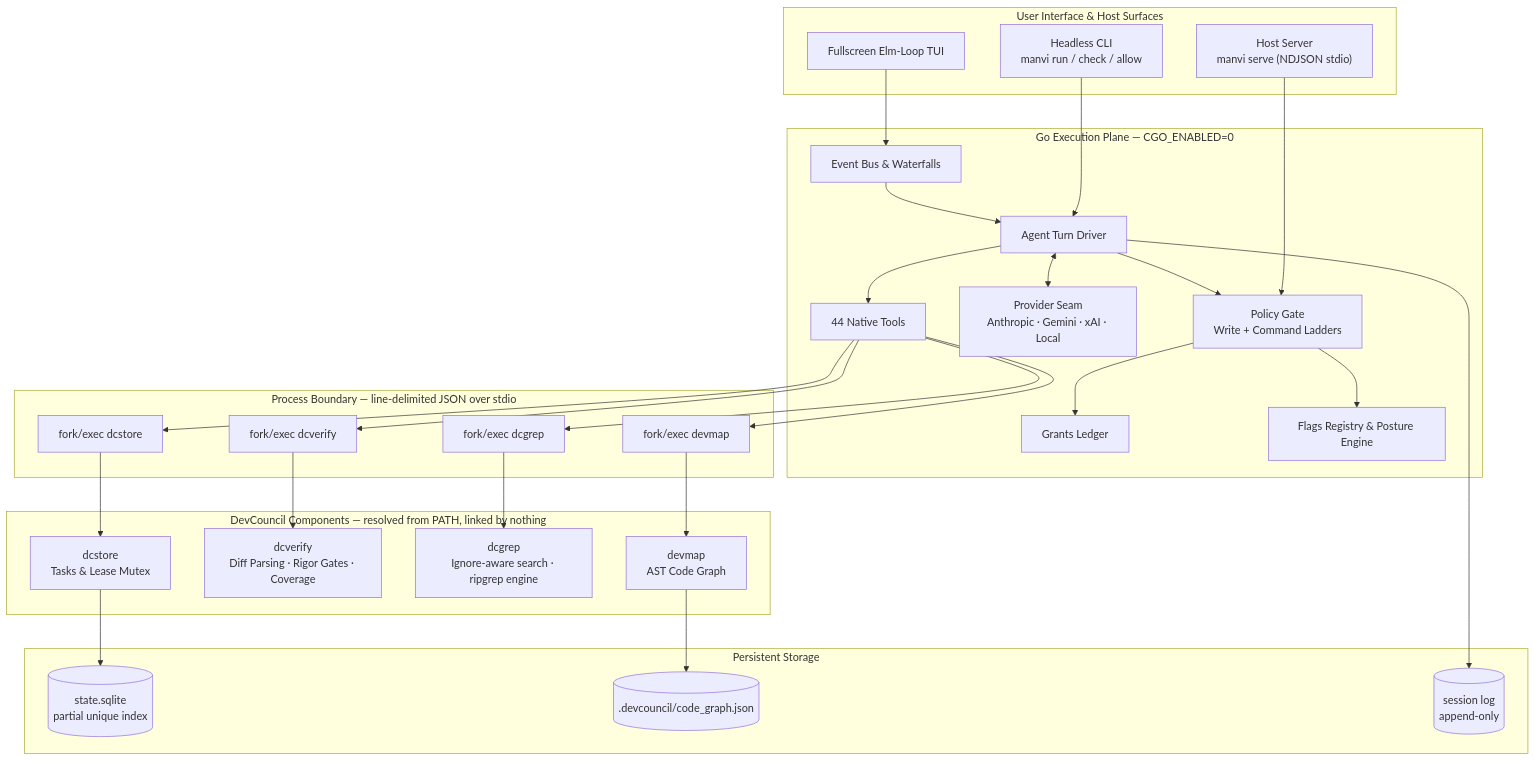
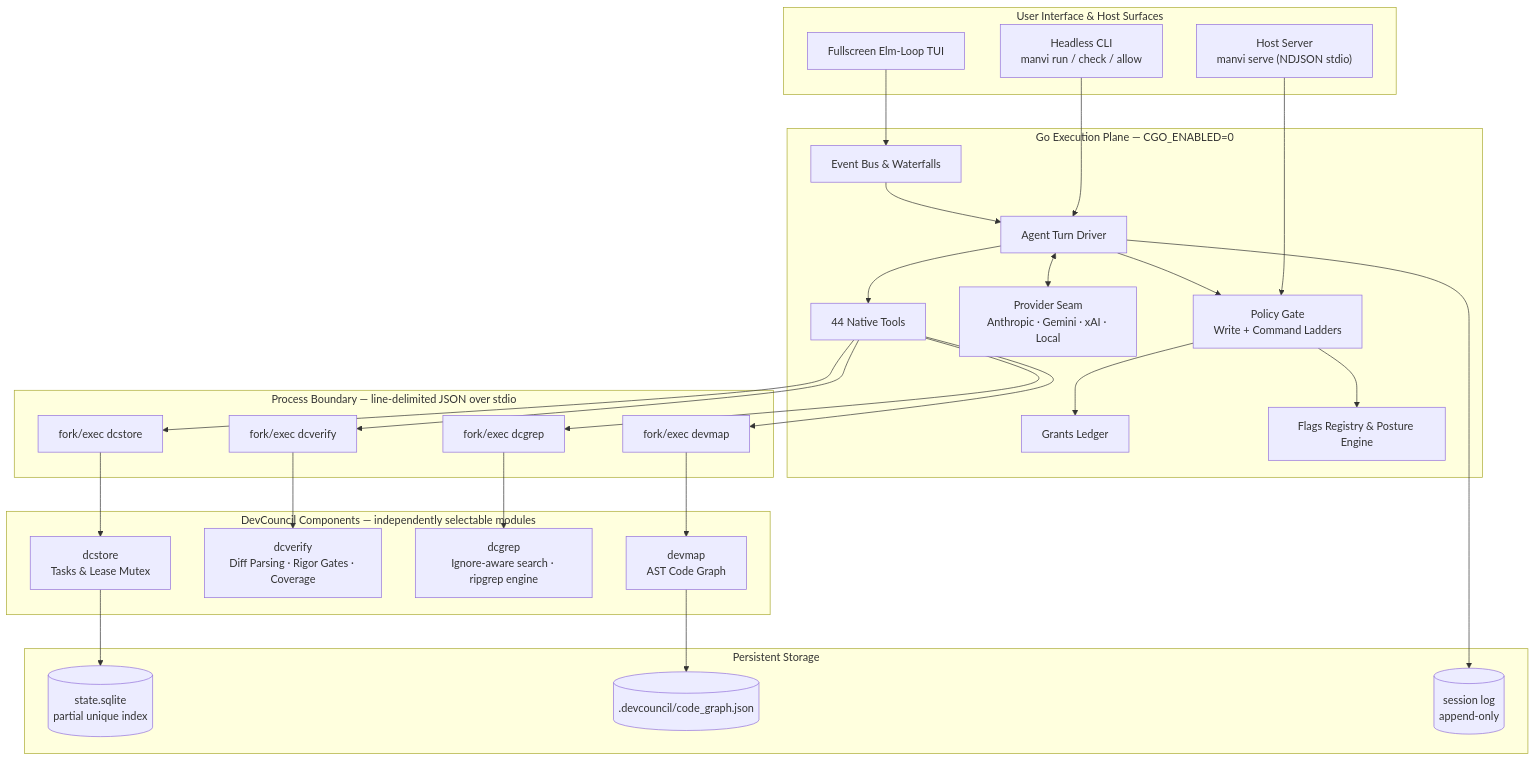
One commit to bharathvbcr/Manvi changed the first of 9 diagrams in README.md. Above: the diagram before and after it, drawn with Mermaid. The commit also changed other lines of this file and 11 other files, not shown here.

Commit message:
docs: document modular relationship with DevCouncil and GitPulse

````diff
--- a/README.md
+++ b/README.md
@@ -54,56 +54,56 @@
 ```mermaid
 flowchart TB
     subgraph UI["User Interface & Host Surfaces"]
         TUI["Fullscreen Elm-Loop TUI"]
         CLI["Headless CLI<br/>manvi run / check / allow"]
         Serve["Host Server<br/>manvi serve (NDJSON stdio)"]
     end
 
     subgraph GoPlane["Go Execution Plane — CGO_ENABLED=0"]
         Bus["Event Bus & Waterfalls"]
         AgentLoop["Agent Turn Driver"]
         Gate["Policy Gate<br/>Write + Command Ladders"]
         Grants["Grants Ledger"]
         Registry["Flags Registry & Posture Engine"]
         Providers["Provider Seam<br/>Anthropic · Gemini · xAI · Local"]
         Tools["44 Native Tools"]
     end
 
     subgraph Boundary["Process Boundary — line-delimited JSON over stdio"]
         P1["fork/exec dcstore"]
         P2["fork/exec dcverify"]
         P3["fork/exec devmap"]
         P4["fork/exec dcgrep"]
     end
 
-    subgraph Components["DevCouncil Components — resolved from PATH, linked by nothing"]
+    subgraph Components["DevCouncil Components — independently selectable modules"]
         DCStore["dcstore<br/>Tasks & Lease Mutex"]
         DCVerify["dcverify<br/>Diff Parsing · Rigor Gates · Coverage"]
         DCGrep["dcgrep<br/>Ignore-aware search · ripgrep engine"]
         DevMap["devmap<br/>AST Code Graph"]
     end
 
     subgraph Storage["Persistent Storage"]
         SQLite[("state.sqlite<br/>partial unique index")]
         CodeGraph[(".devcouncil/code_graph.json")]
         SessionLog[("session log<br/>append-only")]
     end
 
     TUI --> Bus
     CLI --> AgentLoop
     Serve --> Gate
     Bus --> AgentLoop
     AgentLoop --> Gate
     Gate --> Grants
     Gate --> Registry
     AgentLoop <--> Providers
     AgentLoop --> Tools
     AgentLoop --> SessionLog
     Tools --> P1 & P2 & P3 & P4
     P1 --> DCStore
     P2 --> DCVerify
     P3 --> DevMap
     P4 --> DCGrep
     DCStore --> SQLite
     DevMap --> CodeGraph
 ```
````
